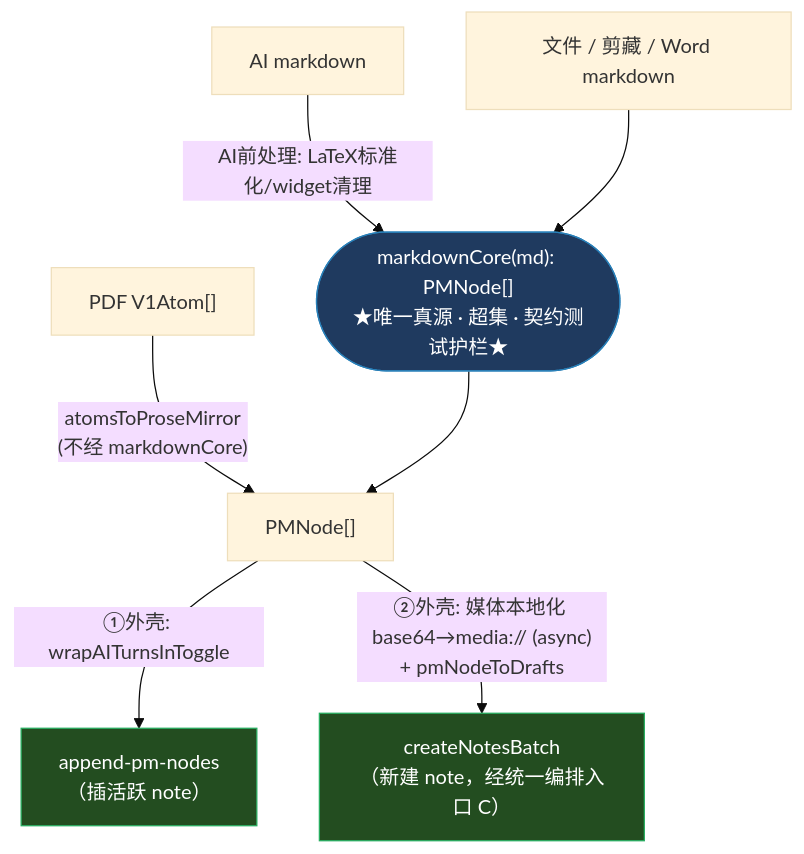
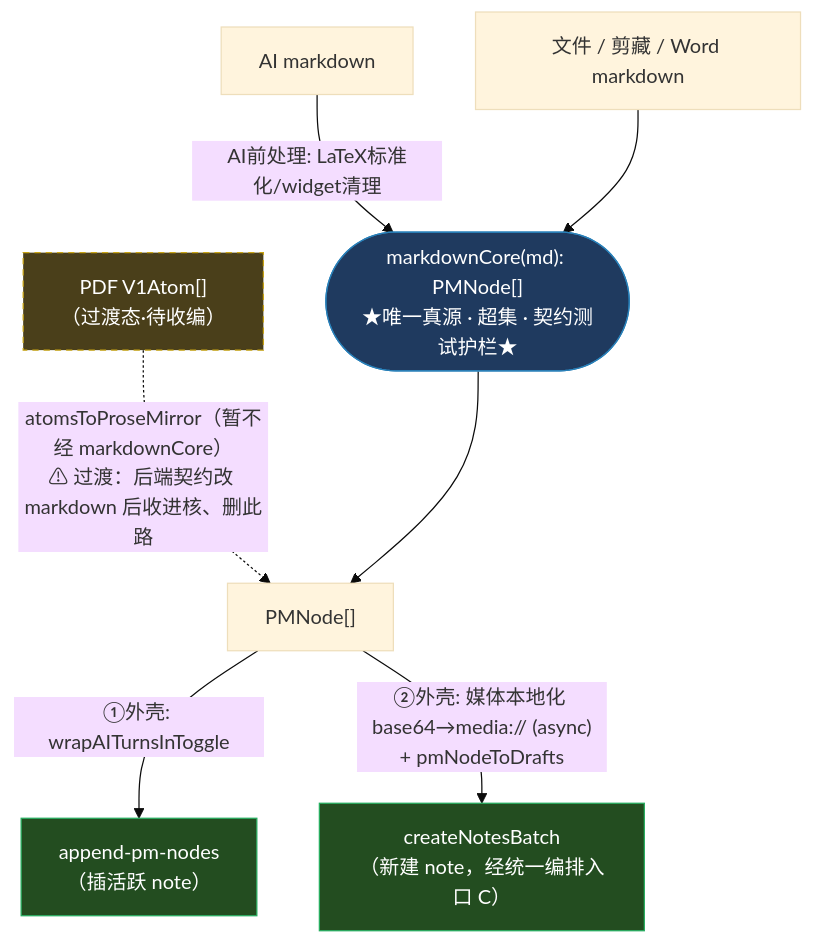
The third of 3 diagrams in docs/00-architecture/import-to-note-convergence.md (antsbtw/KRIG-Note-V2), drawn with Mermaid (base theme) before and after one commit. The commit also changed other lines of this file, not shown here.

First line of the commit message:
docs(architecture): 标注 PDF 支路为过渡态·待收编

````diff
--- a/docs/00-architecture/import-to-note-convergence.md
+++ b/docs/00-architecture/import-to-note-convergence.md
@@ -312,16 +316,18 @@
 ```mermaid
 flowchart TB
   aiMd["AI markdown"] -->|"AI前处理: LaTeX标准化/widget清理"| core
   fileMd["文件 / 剪藏 / Word markdown"] --> core
   core(["markdownCore(md): PMNode[]<br/>★唯一真源 · 超集 · 契约测试护栏★"])
-  pdfAtom["PDF V1Atom[]"] -->|"atomsToProseMirror<br/>(不经 markdownCore)"| pmnodes["PMNode[]"]
+  pdfAtom["PDF V1Atom[]<br/>（过渡态·待收编）"] -.->|"atomsToProseMirror（暂不经 markdownCore）<br/>⚠ 过渡：后端契约改 markdown 后收进核、删此路"| pmnodes["PMNode[]"]
   core --> pmnodes
 
   pmnodes -->|"①外壳: wrapAITurnsInToggle"| append["append-pm-nodes<br/>（插活跃 note）"]
   pmnodes -->|"②外壳: 媒体本地化 base64→media:// (async)<br/>+ pmNodeToDrafts"| batch["createNotesBatch<br/>（新建 note，经统一编排入口 C）"]
 
   classDef pivot fill:#1f3a5f,stroke:#2980b9,color:#fff;
   classDef ok fill:#234d20,stroke:#27ae60,color:#fff;
+  classDef transitional fill:#4a3f1a,stroke:#c8a415,color:#fff,stroke-dasharray:5 4;
   class core pivot;
   class append,batch ok;
+  class pdfAtom transitional;
 ```
````
